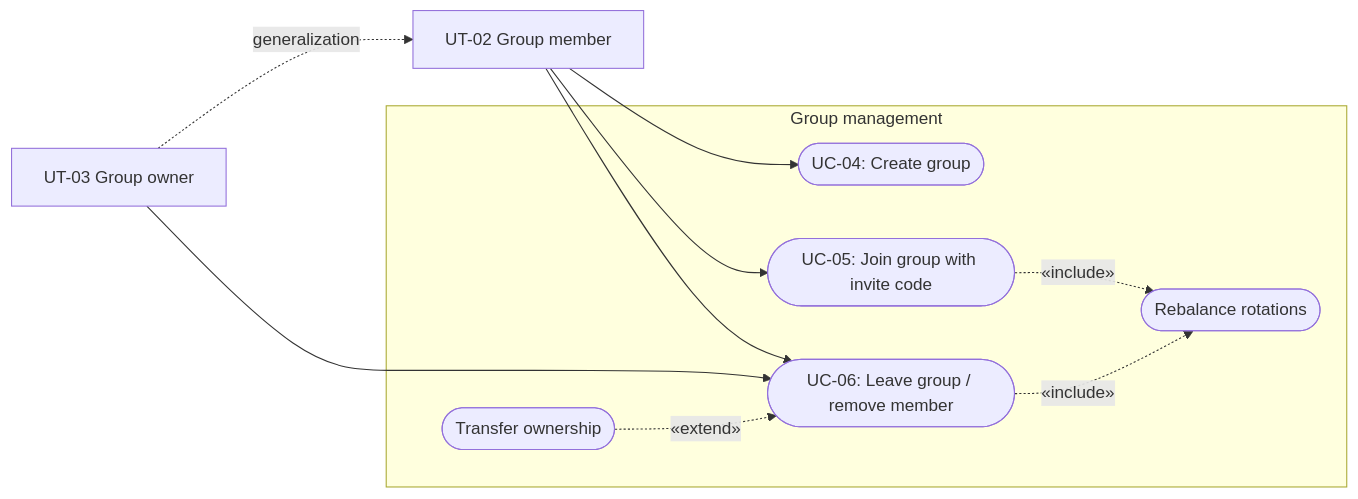
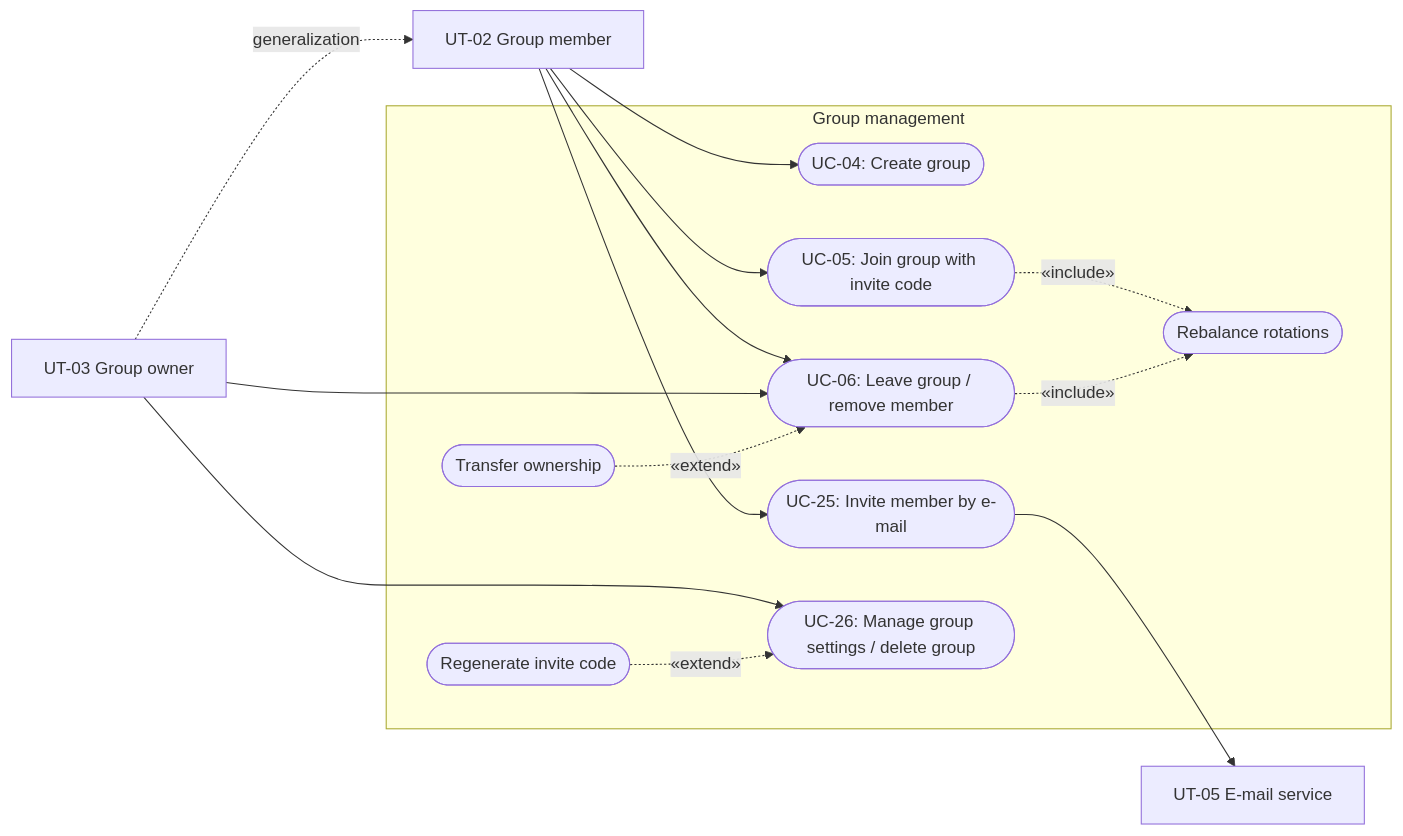
One commit to AhmetSCakmak/TaskRota changed the third of 9 diagrams in Requirements_Specification_TaskRota.md. Above: the diagram before and after it, drawn with Mermaid. The commit also changed other lines of this file, not shown here.

````diff
--- a/Requirements_Specification_TaskRota.md
+++ b/Requirements_Specification_TaskRota.md
@@ -424,22 +473,30 @@
 ```mermaid
 flowchart LR
     Member["UT-02 Group member"]
     Owner["UT-03 Group owner"]
+    Email["UT-05 E-mail service"]
 
     subgraph System["Group management"]
         UC04(["UC-04: Create group"])
         UC05(["UC-05: Join group with invite code"])
         UC06(["UC-06: Leave group / remove member"])
+        UC25(["UC-25: Invite member by e-mail"])
+        UC26(["UC-26: Manage group settings / delete group"])
         Transfer(["Transfer ownership"])
+        Regen(["Regenerate invite code"])
         Rebal(["Rebalance rotations"])
     end
 
     Owner -.->|generalization| Member
     Member --> UC04
     Member --> UC05
     Member --> UC06
+    Member --> UC25
     Owner --> UC06
+    Owner --> UC26
+    UC25 --> Email
     Transfer -.->|«extend»| UC06
+    Regen -.->|«extend»| UC26
     UC05 -.->|«include»| Rebal
     UC06 -.->|«include»| Rebal
 ```
````
